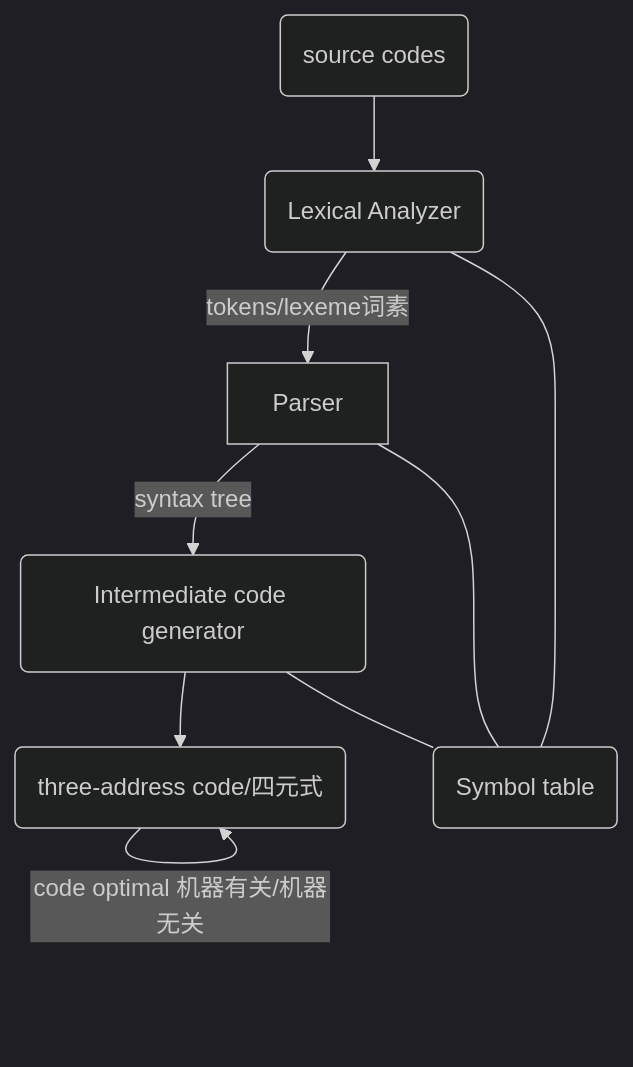
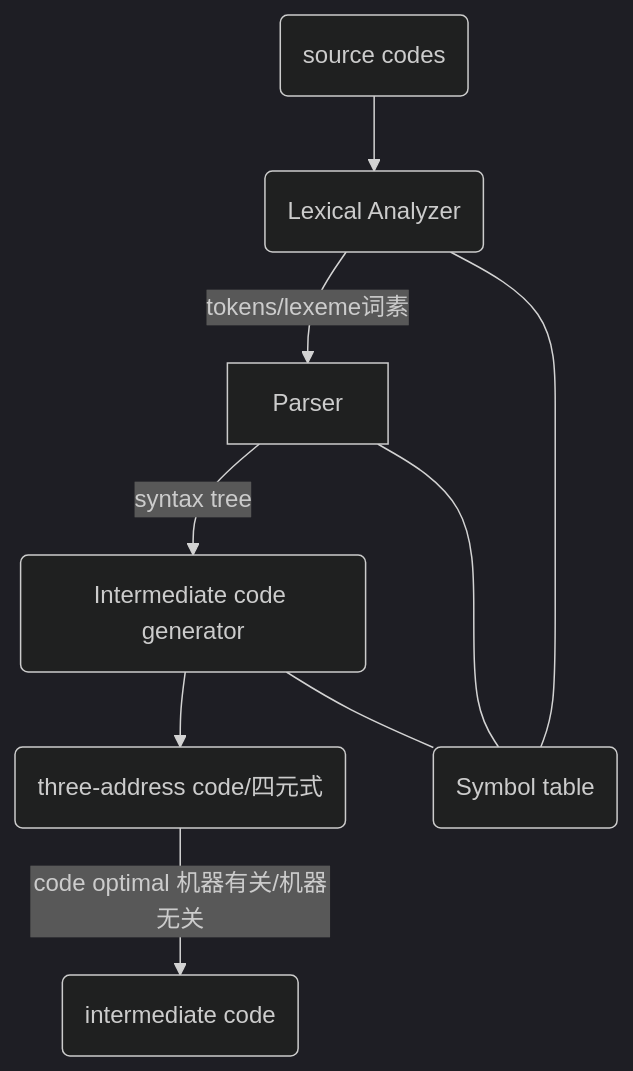
One commit to DCMMC/Notes changed the second of 2 diagrams in 编译原理学习笔记.md. Above: the diagram before and after it, drawn with Mermaid (dark theme).

Commit message:
修改文件: 编译原理学习笔记.md

````diff
--- a/编译原理学习笔记.md
+++ b/编译原理学习笔记.md
@@ -60,11 +60,11 @@
 ```mermaid!
 graph TD;
 	id0(source codes)-->id1(Lexical Analyzer);
 	id1(Lexical Analyzer)-- tokens/lexeme词素 -->Parser;
 	Parser-- syntax tree -->id2(Intermediate code generator);
 	id2--> id3(three-address code/四元式);
 	id1---id4(Symbol table);
 	Parser---id4;
 	id2---id4;
-	id3-- code optimal 机器有关/机器无关 --> id3;
+	id3-- code optimal 机器有关/机器无关 --> id5(intermediate code);
 ```
````
